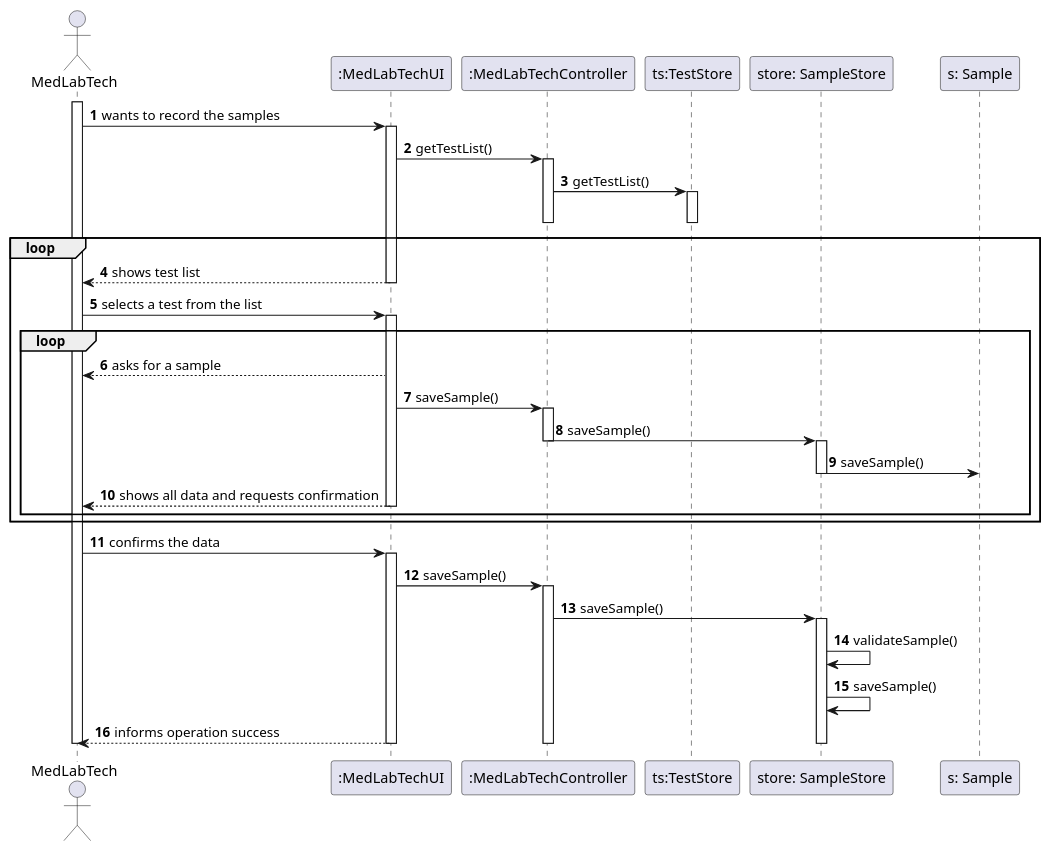
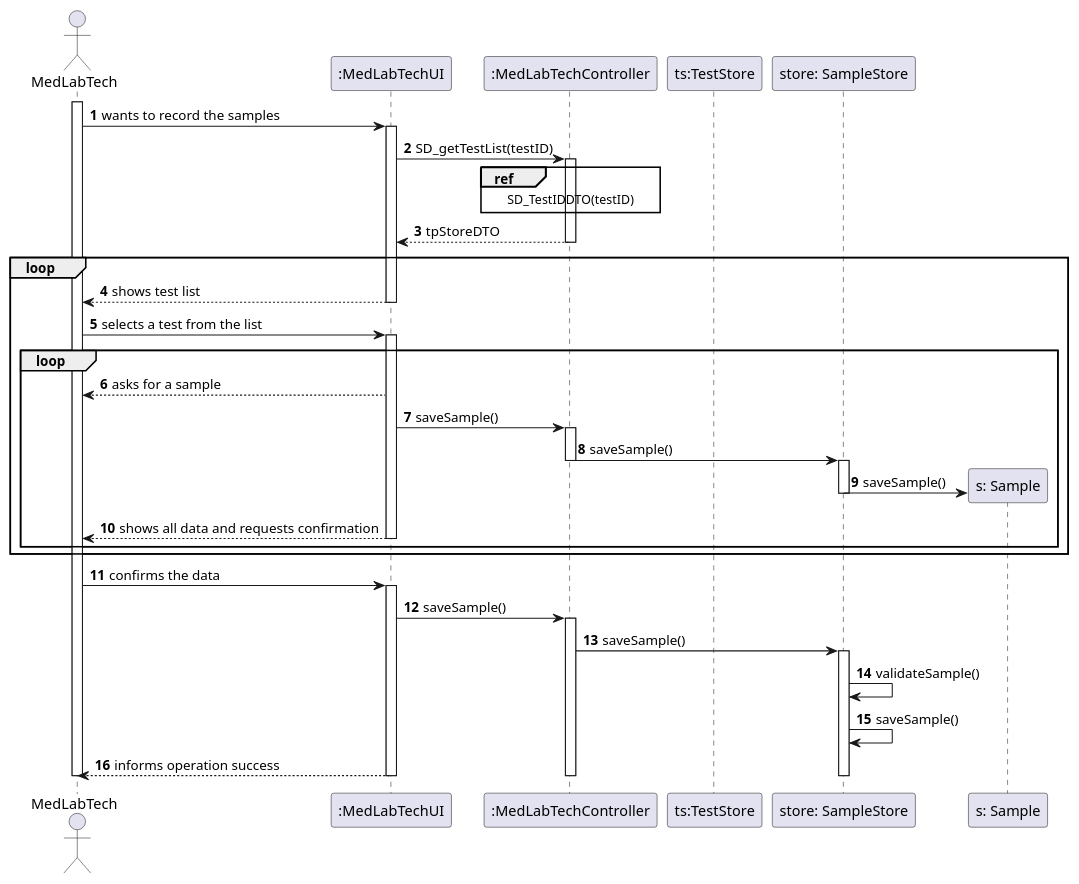
One commit to MarianaCLages/LAPR2 changed the diagram in docs/SprintC/US05/US5_SD.puml. Above: the diagram before and after it, drawn with PlantUML. The commit also changed 6 other files, not shown here.

```diff
--- a/docs/SprintC/US05/US5_SD.puml
+++ b/docs/SprintC/US05/US5_SD.puml
@@ -1,54 +1,53 @@
 @startuml
 autonumber
 actor MedLabTech as MLT
 participant ":MedLabTechUI" as UI
 participant ":MedLabTechController" as CTRL
 participant "ts:TestStore" as TT
 participant "store: SampleStore" as STO
 participant "s: Sample" as S
 
 activate MLT
 MLT -> UI: wants to record the samples
 activate UI
-UI -> CTRL: getTestList()
+UI -> CTRL : SD_getTestList(testID)
+ref over CTRL: SD_TestIDDTO(testID)
 activate CTRL
-CTRL -> TT: getTestList()
-activate TT
+CTRL --> UI: tpStoreDTO
 deactivate CTRL
-deactivate TT
 loop
 UI --> MLT: shows test list
 deactivate UI
 MLT -> UI: selects a test from the list
 activate UI
 loop
 UI --> MLT: asks for a sample
 UI -> CTRL: saveSample()
 activate CTRL
 CTRL -> STO: saveSample()
 deactivate CTRL
 activate STO
-STO -> S: saveSample()
+STO -> S**: saveSample()
 deactivate STO
 UI --> MLT: shows all data and requests confirmation
 deactivate UI
 end
 end
 deactivate UI
 deactivate STO
 deactivate CTRL
 deactivate CTRL
 MLT -> UI: confirms the data
 activate UI
 UI -> CTRL: saveSample()
 activate CTRL
 CTRL -> STO: saveSample()
 activate STO
 STO -> STO: validateSample()
 STO -> STO: saveSample()
 UI --> MLT: informs operation success
 deactivate STO
 deactivate CTRL
 deactivate UI
 deactivate MLT
 @enduml
```
